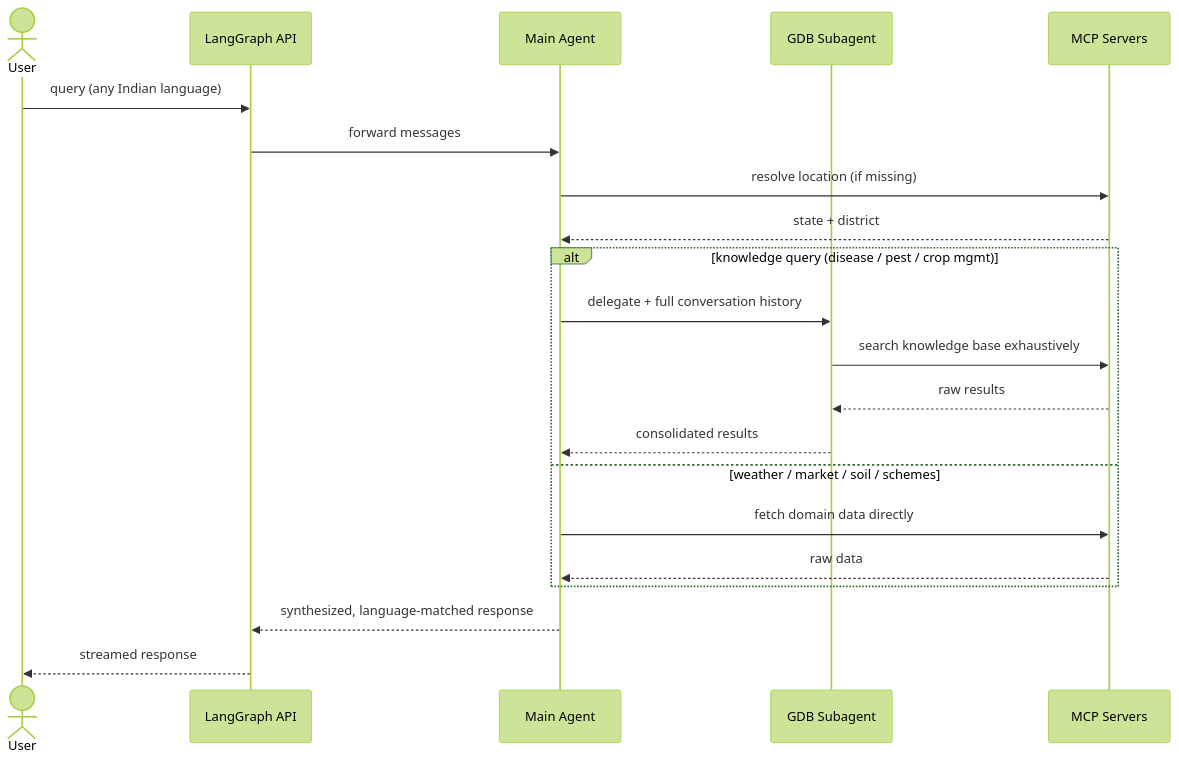
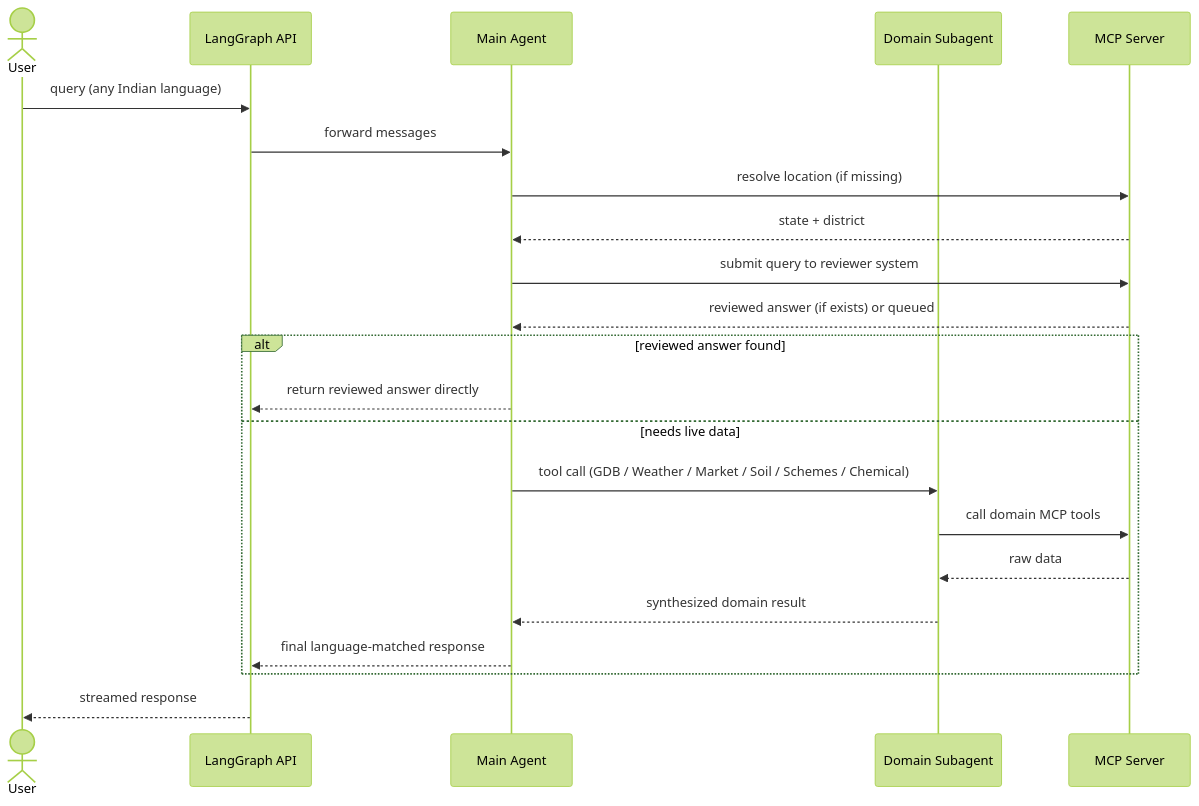
One commit to vicharanashala/ajrasakha changed the second of 2 diagrams in ai/README.md. Above: the diagram before and after it, drawn with Mermaid (forest theme). The commit also changed other lines of this file, not shown here.

Commit message:
docs: fix architecture diagram — main agent delegates to subagents as tools, subagents own MCP connections

````diff
--- a/ai/README.md
+++ b/ai/README.md
@@ -65,27 +86,29 @@
 ```mermaid
 sequenceDiagram
     actor User
     participant API as LangGraph API
     participant Main as Main Agent
-    participant GDB as GDB Subagent
-    participant MCP as MCP Servers
+    participant Sub as Domain Subagent
+    participant MCP as MCP Server
 
     User->>API: query (any Indian language)
     API->>Main: forward messages
 
     Main->>MCP: resolve location (if missing)
     MCP-->>Main: state + district
 
-    alt knowledge query (disease / pest / crop mgmt)
-        Main->>GDB: delegate + full conversation history
-        GDB->>MCP: search knowledge base exhaustively
-        MCP-->>GDB: raw results
-        GDB-->>Main: consolidated results
-    else weather / market / soil / schemes
-        Main->>MCP: fetch domain data directly
-        MCP-->>Main: raw data
+    Main->>MCP: submit query to reviewer system
+    MCP-->>Main: reviewed answer (if exists) or queued
+
+    alt reviewed answer found
+        Main-->>API: return reviewed answer directly
+    else needs live data
+        Main->>Sub: tool call (GDB / Weather / Market / Soil / Schemes / Chemical)
+        Sub->>MCP: call domain MCP tools
+        MCP-->>Sub: raw data
+        Sub-->>Main: synthesized domain result
+        Main-->>API: final language-matched response
     end
 
-    Main-->>API: synthesized, language-matched response
     API-->>User: streamed response
 ```
````
